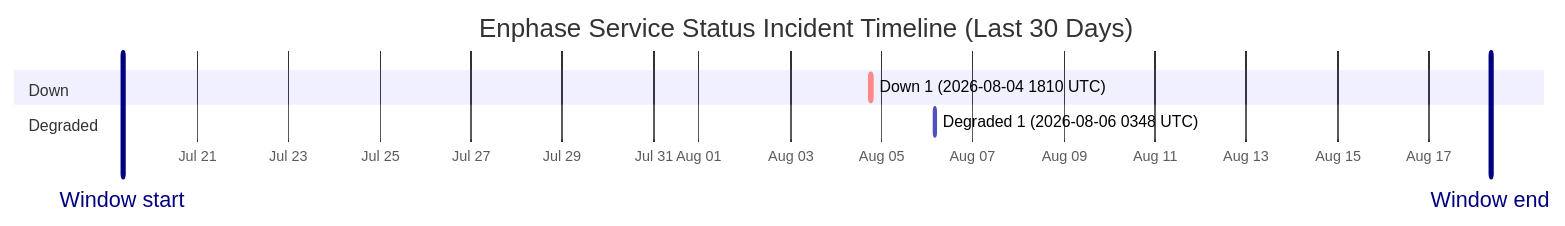
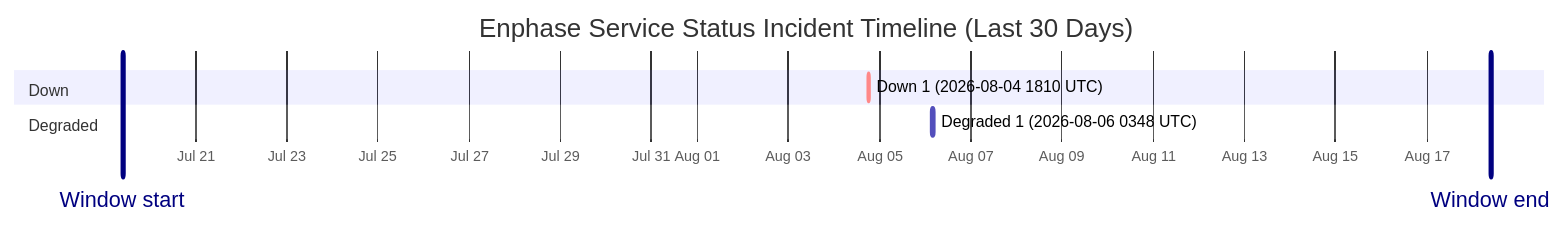
Before and after one commit to barneyonline/ha-enphase-energy: the diagram in wiki/Service-Status-History.md, drawn with Mermaid. The commit also changed other lines of this file and 3 other files, not shown here.

````diff
--- a/wiki/Service-Status-History.md
+++ b/wiki/Service-Status-History.md
@@ -14,12 +14,12 @@
 ```mermaid
 gantt
     title Enphase Service Status Incident Timeline (Last 30 Days)
     dateFormat  YYYY-MM-DDTHH:mm:ss
     axisFormat  %b %d
-    Window start :vert, window-start, 2026-07-19T08:33:56, 0ms
-    Window end :vert, window-end, 2026-08-18T08:33:56, 0ms
+    Window start :vert, window-start, 2026-07-19T09:30:39, 0ms
+    Window end :vert, window-end, 2026-08-18T09:30:39, 0ms
     section Down
     Down 1 (2026-08-04 1810 UTC) :crit, down-1, 2026-08-04T18:10:46, 60m
     section Degraded
     Degraded 1 (2026-08-06 0348 UTC) :active, degraded-1, 2026-08-06T03:48:14, 60m
 ```
````
